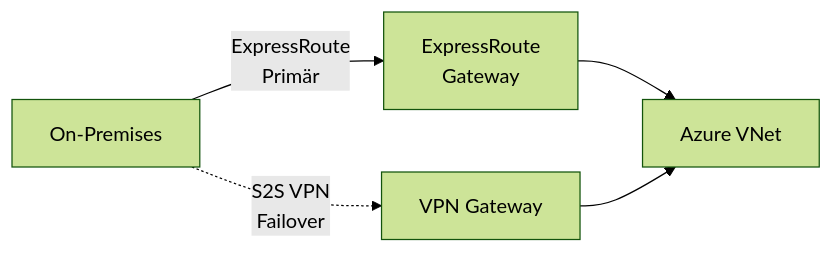
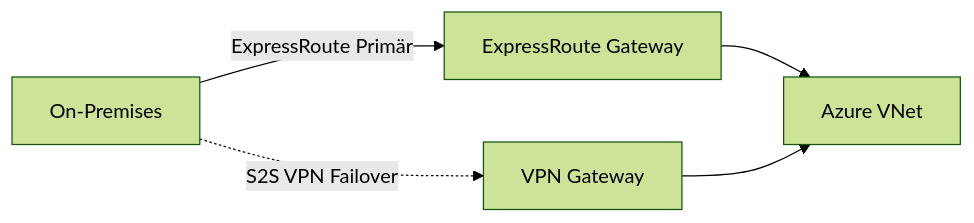
One commit to SoniiiT/notes-n-docs changed the seventh of 7 diagrams in Microsoft 365/Azure/Netzwerk/Azure VPN Gateway.md. Above: the diagram before and after it, drawn with Mermaid (forest theme). The commit also changed other lines of this file and 124 other files, not shown here.

First line of the commit message:
fix: Entferne \n aus allen Mermaid-Diagrammen (125 Dateien)

````diff
--- a/Microsoft 365/Azure/Netzwerk/Azure VPN Gateway.md
+++ b/Microsoft 365/Azure/Netzwerk/Azure VPN Gateway.md
@@ -290,6 +290,6 @@
 ```mermaid
 graph LR
-    ONPREM[On-Premises] -->|ExpressRoute\nPrimär| ER[ExpressRoute\nGateway]
-    ONPREM -.->|S2S VPN\nFailover| VPN[VPN Gateway]
+    ONPREM[On-Premises] -->|ExpressRoute Primär| ER[ExpressRoute Gateway]
+    ONPREM -.->|S2S VPN Failover| VPN[VPN Gateway]
     ER & VPN --> VNET[Azure VNet]
 ```
````
